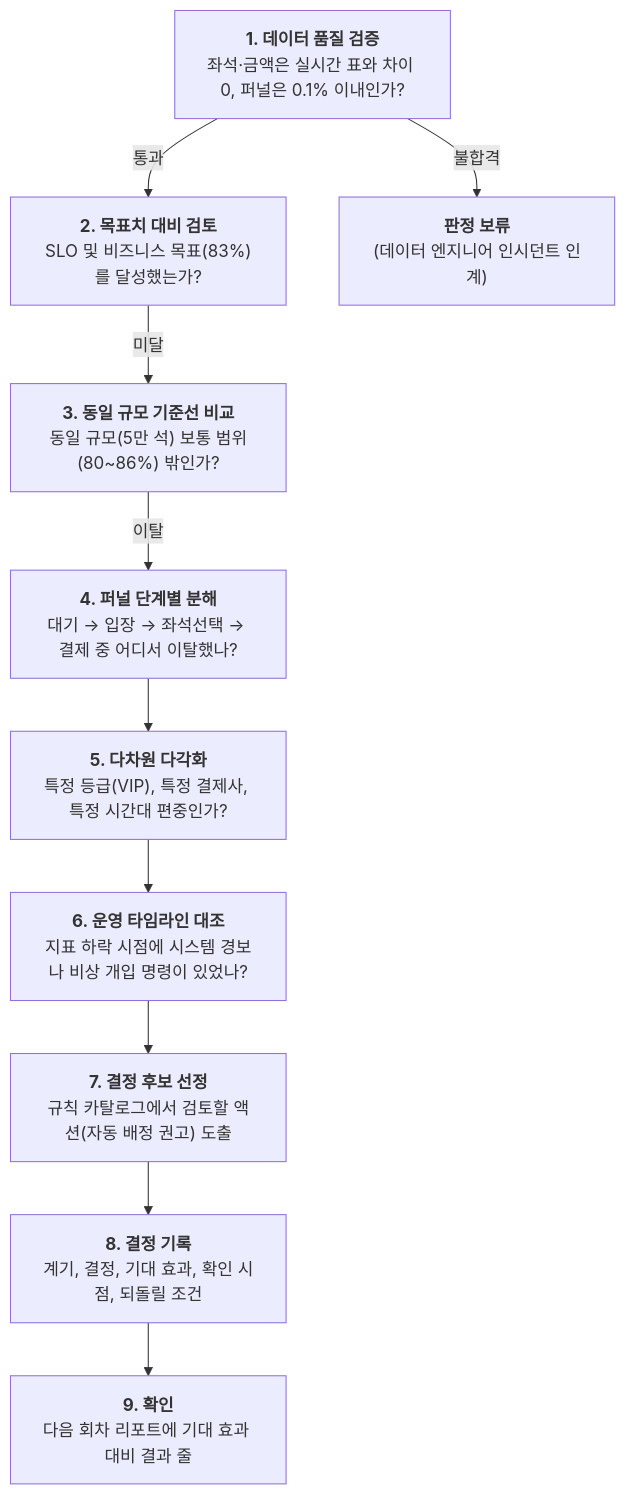
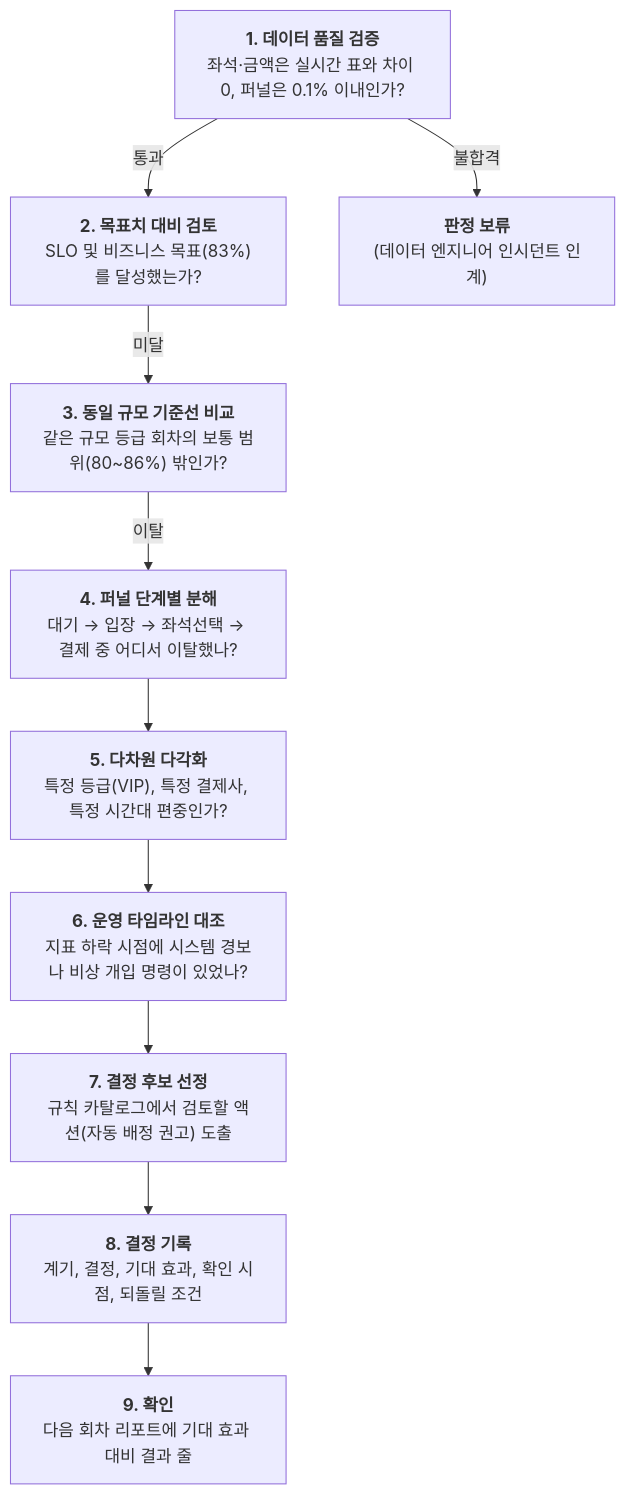
One commit to peaket/peaket changed the fourth of 5 diagrams in guide/15-analytics-and-decisions.md. Above: the diagram before and after it, drawn with Mermaid. The commit also changed other lines of this file and 111 other files, not shown here.

````diff
--- a/guide/15-analytics-and-decisions.md
+++ b/guide/15-analytics-and-decisions.md
@@ -225,15 +225,15 @@
 ```mermaid
 flowchart TD
     Step1["<b>1. 데이터 품질 검증</b><br/>좌석·금액은 실시간 표와 차이 0, 퍼널은 0.1% 이내인가?"]
     Step2["<b>2. 목표치 대비 검토</b><br/>SLO 및 비즈니스 목표(83%)를 달성했는가?"]
-    Step3["<b>3. 동일 규모 기준선 비교</b><br/>동일 규모(5만 석) 보통 범위(80~86%) 밖인가?"]
+    Step3["<b>3. 동일 규모 기준선 비교</b><br/>같은 규모 등급 회차의 보통 범위(80~86%) 밖인가?"]
     Step4["<b>4. 퍼널 단계별 분해</b><br/>대기 → 입장 → 좌석선택 → 결제 중 어디서 이탈했나?"]
     Step5["<b>5. 다차원 다각화</b><br/>특정 등급(VIP), 특정 결제사, 특정 시간대 편중인가?"]
     Step6["<b>6. 운영 타임라인 대조</b><br/>지표 하락 시점에 시스템 경보나 비상 개입 명령이 있었나?"]
     Step7["<b>7. 결정 후보 선정</b><br/>규칙 카탈로그에서 검토할 액션(자동 배정 권고) 도출"]
     Step8["<b>8. 결정 기록</b><br/>계기, 결정, 기대 효과, 확인 시점, 되돌릴 조건"]
     Step9["<b>9. 확인</b><br/>다음 회차 리포트에 기대 효과 대비 결과 줄"]
 
     Step1 -->|통과| Step2 -->|미달| Step3 -->|이탈| Step4 --> Step5 --> Step6 --> Step7 --> Step8 --> Step9
     Step1 -->|불합격| Stop["<b>판정 보류</b><br/>(데이터 엔지니어 인시던트 인계)"]
 ```
````
